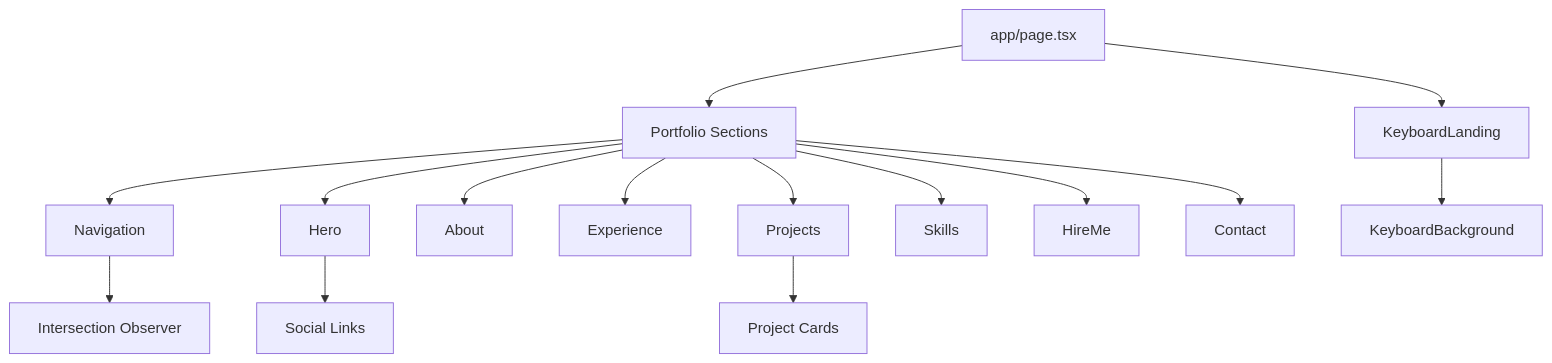
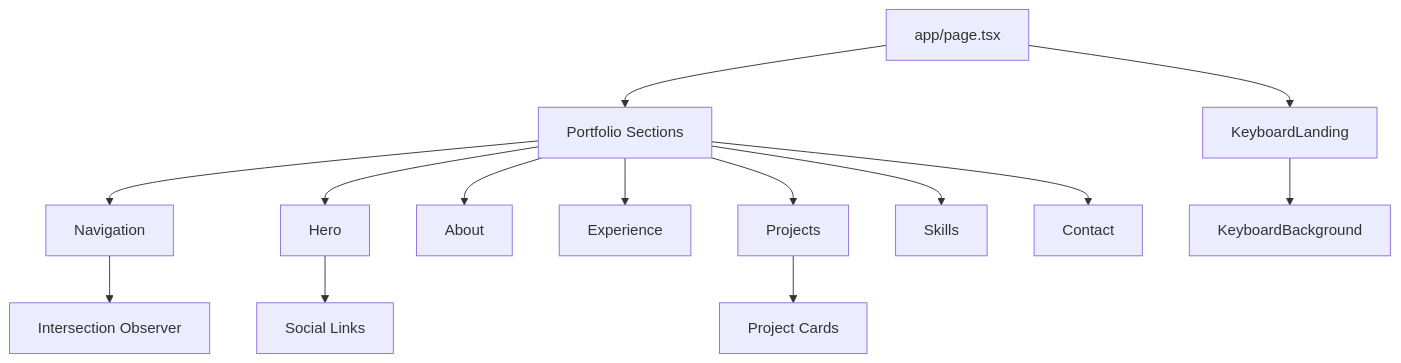
One commit to yeswanth49/potato changed the first of 4 diagrams in docs/architecture.md. Above: the diagram before and after it, drawn with Mermaid. The commit also changed other lines of this file and 6 other files, not shown here.

First line of the commit message:
refactor: rename Hire Me section to Contact

````diff
--- a/docs/architecture.md
+++ b/docs/architecture.md
@@ -86,18 +86,17 @@
 ```mermaid
 graph TD
     A[app/page.tsx] --> B[KeyboardLanding]
     A --> C[Portfolio Sections]
     C --> D[Navigation]
     C --> E[Hero]
     C --> F[About]
     C --> G[Experience]
     C --> H[Projects]
     C --> I[Skills]
-    C --> J[HireMe]
-    C --> K[Contact]
+    C --> J[Contact]
     
     B --> L[KeyboardBackground]
     D --> M[Intersection Observer]
     E --> N[Social Links]
     H --> O[Project Cards]
 ```
````
